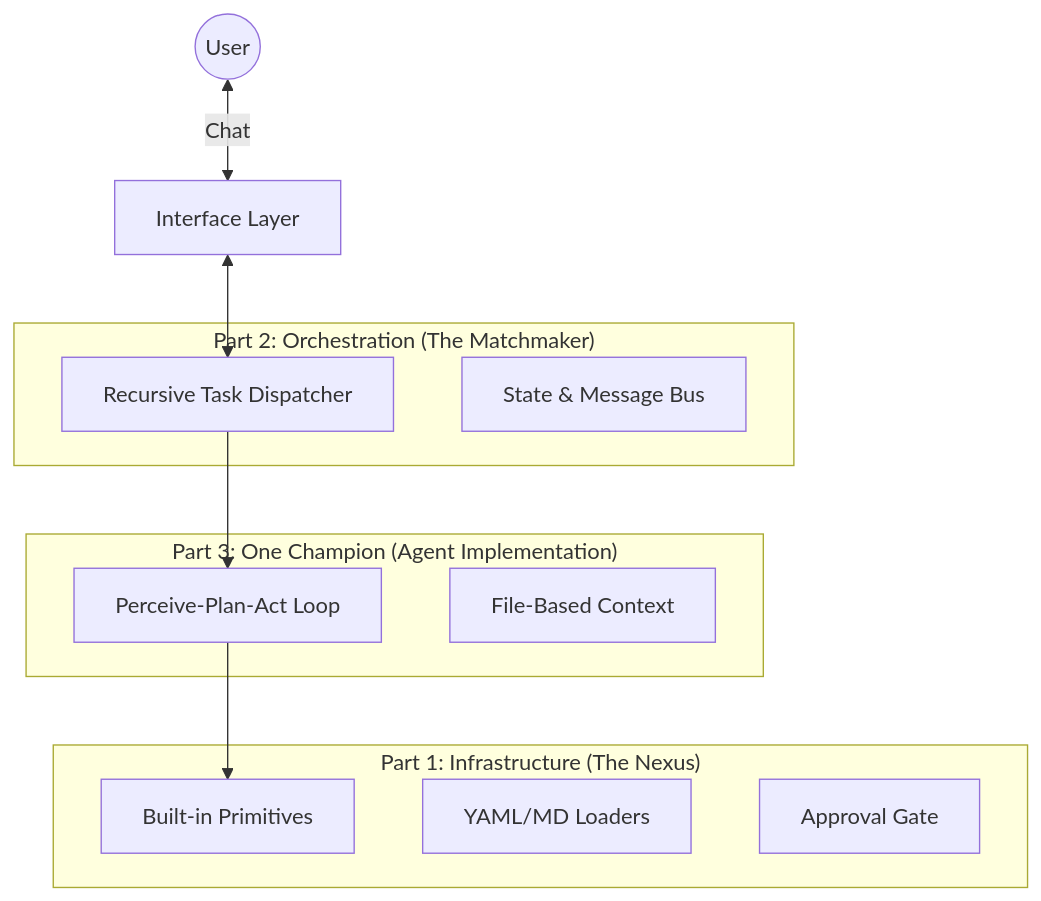
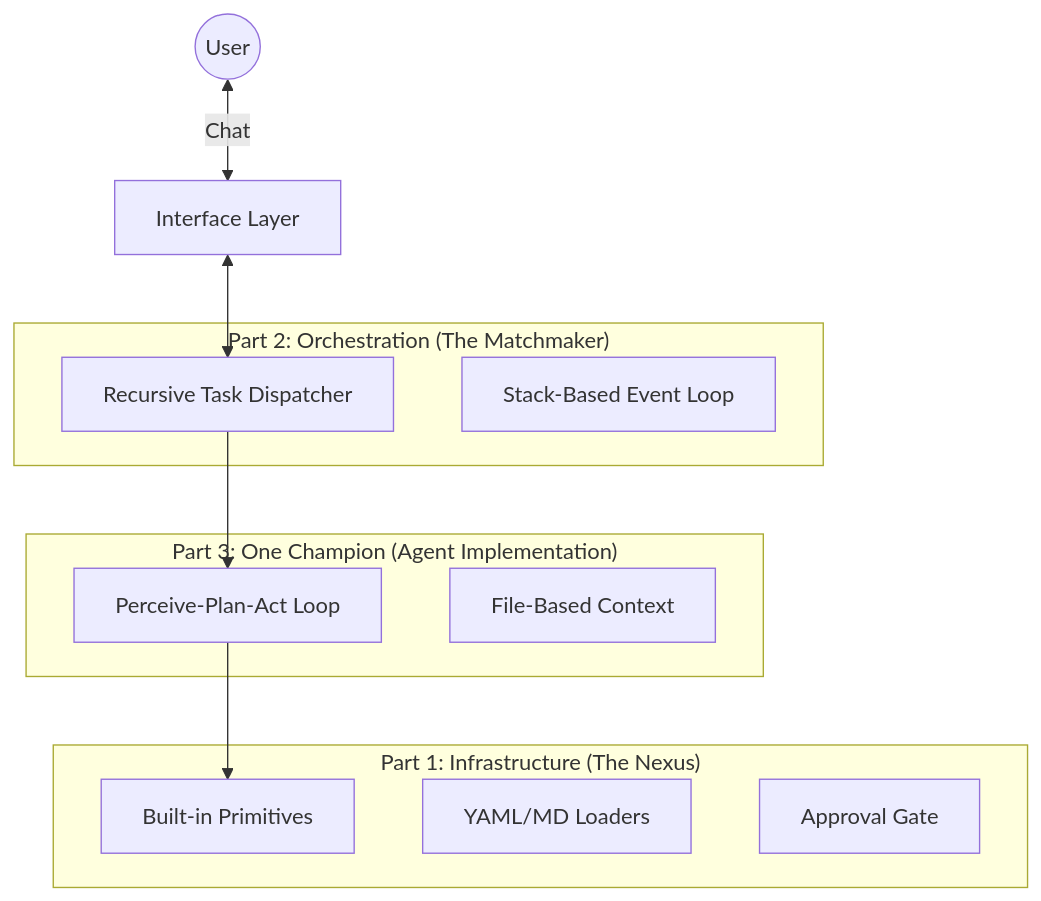
Before and after one commit to Fize/soloQueue: the diagram in doc/design.md, drawn with Mermaid. The commit also changed other lines of this file and 96 other files, not shown here.

````diff
--- a/doc/design.md
+++ b/doc/design.md
@@ -23,24 +23,24 @@
 ```mermaid
 graph TD
     User((User)) <-->|Chat| Interface[Interface Layer]
     Interface <--> Orchestration
     
     subgraph "Part 2: Orchestration (The Matchmaker)"
         Orchestration[Recursive Task Dispatcher]
-        LangGraph[State & Message Bus]
+        Stack[Stack-Based Event Loop]
     end
     
     subgraph "Part 3: One Champion (Agent Implementation)"
         AgentLoop[Perceive-Plan-Act Loop]
         Memory[File-Based Context]
     end
     
     subgraph "Part 1: Infrastructure (The Nexus)"
         Primitives[Built-in Primitives]
         Loaders[YAML/MD Loaders]
         Security[Approval Gate]
     end
     
     Orchestration --> AgentLoop
     AgentLoop --> Primitives
 ```
````
